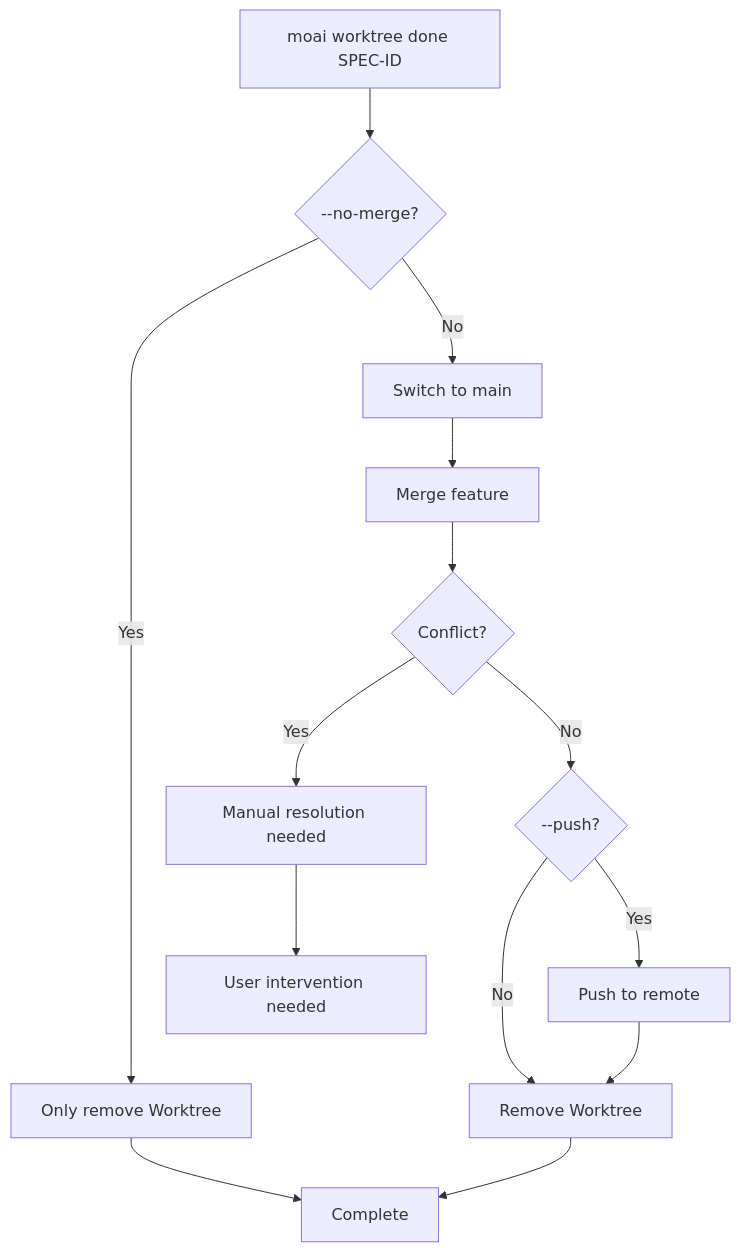
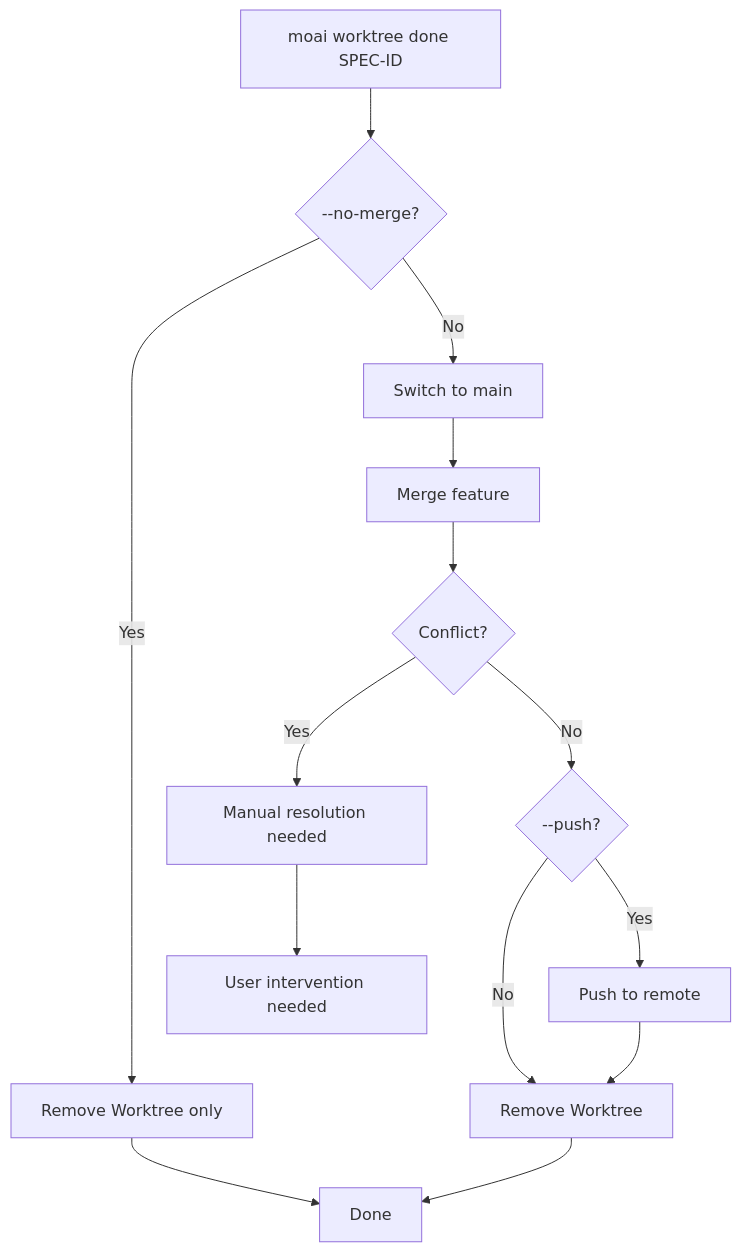
One commit to modu-ai/moai-adk changed the fifth of 9 diagrams in docs-site/content/en/worktree/faq.md. Above: the diagram before and after it, drawn with Mermaid. The commit also changed other lines of this file and 395 other files, not shown here.

````diff
--- a/docs-site/content/en/worktree/faq.md
+++ b/docs-site/content/en/worktree/faq.md
@@ -224,16 +225,16 @@
 ```mermaid
 flowchart TD
     A[moai worktree done SPEC-ID] --> B{--no-merge?}
-    B -->|Yes| C[Only remove Worktree]
+    B -->|Yes| C[Remove Worktree only]
     B -->|No| D[Switch to main]
     D --> E[Merge feature]
     E --> F{Conflict?}
     F -->|Yes| G[Manual resolution needed]
     F -->|No| H{--push?}
     H -->|Yes| I[Push to remote]
     H -->|No| J[Remove Worktree]
     I --> J
-    C --> K[Complete]
+    C --> K[Done]
     J --> K
     G --> L[User intervention needed]
 ```
````
